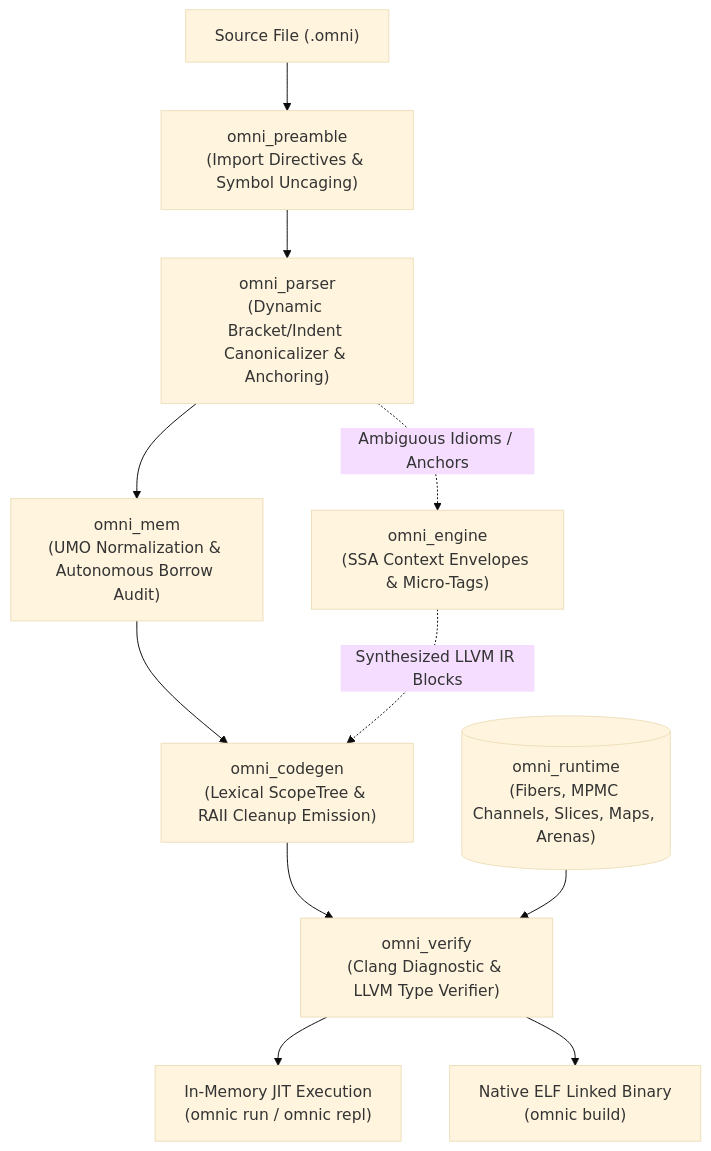
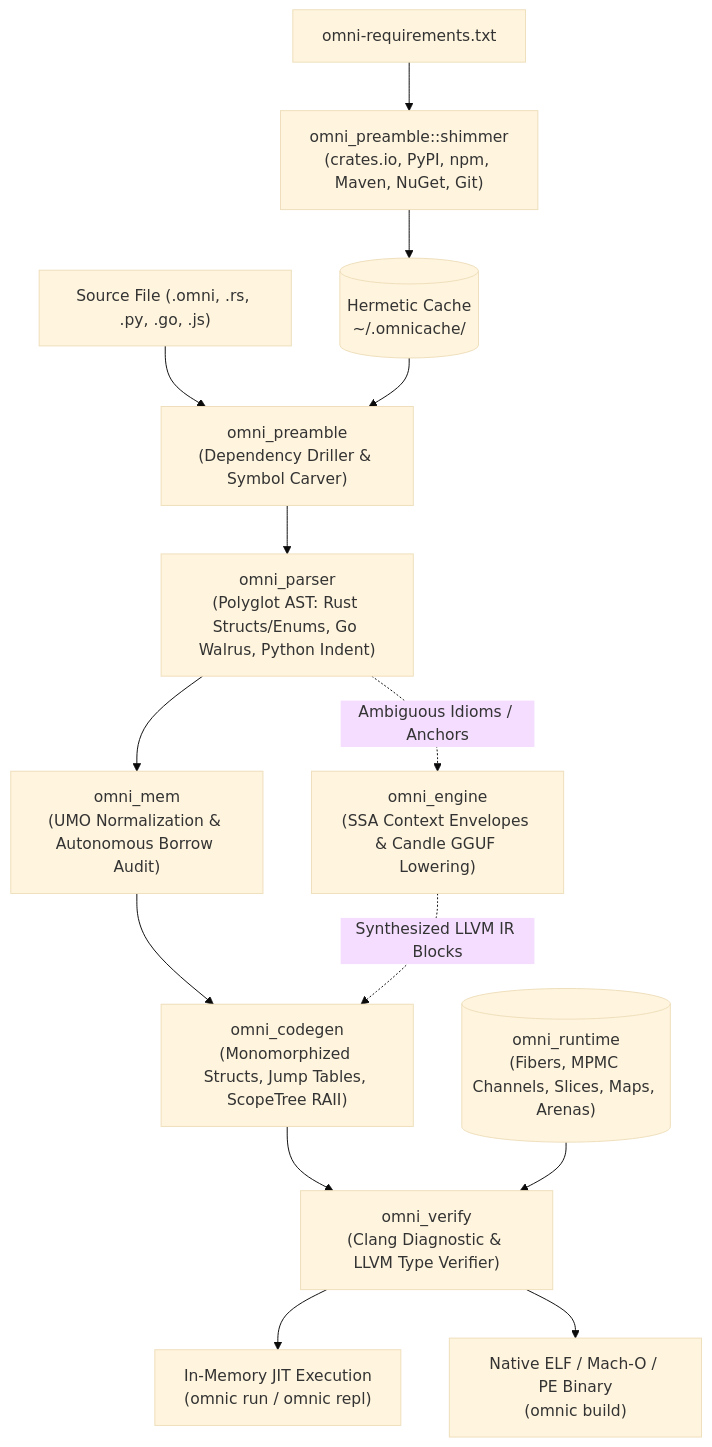
The diagram in README.md (actes2/omniscript), drawn with Mermaid (base theme) before and after one commit. The commit also changed other lines of this file and 80 other files, not shown here.

Commit message:
feat(core): cross-platform polyglot package shimmer, rust parity, and zero-gc runtime

````diff
--- a/README.md
+++ b/README.md
@@ -20,16 +22,21 @@
 ```mermaid
 flowchart TD
-    SRC["Source File (.omni)"] --> PRE["omni_preamble<br/>(Import Directives & Symbol Uncaging)"]
-    PRE --> PARSER["omni_parser<br/>(Dynamic Bracket/Indent Canonicalizer & Anchoring)"]
+    MANIFEST["omni-requirements.txt"] --> SHIMMER["omni_preamble::shimmer<br/>(crates.io, PyPI, npm, Maven, NuGet, Git)"]
+    SHIMMER --> CACHE[("Hermetic Cache<br/>~/.omnicache/")]
+    
+    SRC["Source File (.omni, .rs, .py, .go, .js)"] --> PRE["omni_preamble<br/>(Dependency Driller & Symbol Carver)"]
+    CACHE --> PRE
+    
+    PRE --> PARSER["omni_parser<br/>(Polyglot AST: Rust Structs/Enums, Go Walrus, Python Indent)"]
     PARSER --> MEM["omni_mem<br/>(UMO Normalization & Autonomous Borrow Audit)"]
-    MEM --> CODEGEN["omni_codegen<br/>(Lexical ScopeTree & RAII Cleanup Emission)"]
+    MEM --> CODEGEN["omni_codegen<br/>(Monomorphized Structs, Jump Tables, ScopeTree RAII)"]
     
-    PARSER -. "Ambiguous Idioms / Anchors" .-> ENG["omni_engine<br/>(SSA Context Envelopes & Micro-Tags)"]
+    PARSER -. "Ambiguous Idioms / Anchors" .-> ENG["omni_engine<br/>(SSA Context Envelopes & Candle GGUF Lowering)"]
     ENG -. "Synthesized LLVM IR Blocks" .-> CODEGEN
     
     CODEGEN --> VERIFY["omni_verify<br/>(Clang Diagnostic & LLVM Type Verifier)"]
     VERIFY --> JIT["In-Memory JIT Execution<br/>(omnic run / omnic repl)"]
-    VERIFY --> AOT["Native ELF Linked Binary<br/>(omnic build)"]
+    VERIFY --> AOT["Native ELF / Mach-O / PE Binary<br/>(omnic build)"]
     
     RUNTIME[("omni_runtime<br/>(Fibers, MPMC Channels, Slices, Maps, Arenas)")] --> VERIFY
 ```
````
